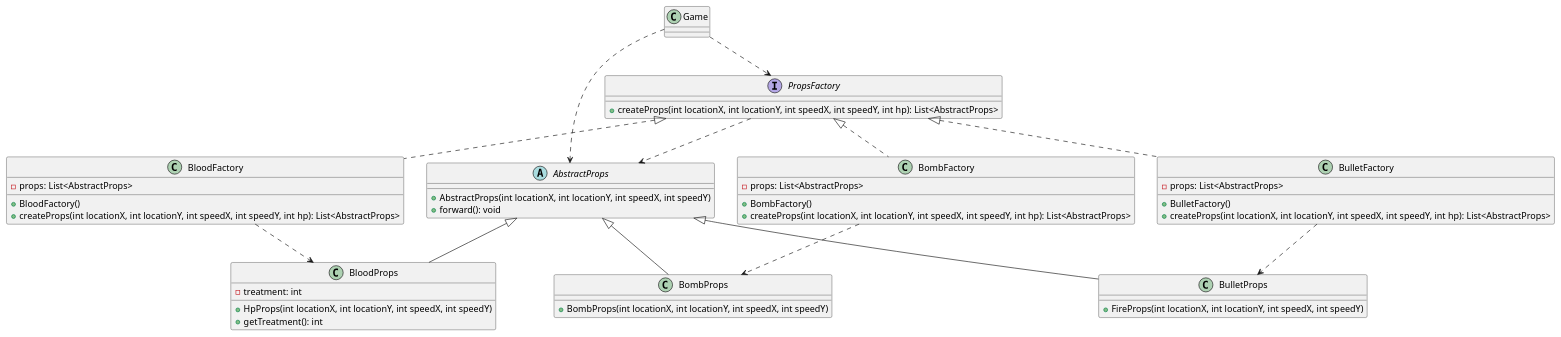
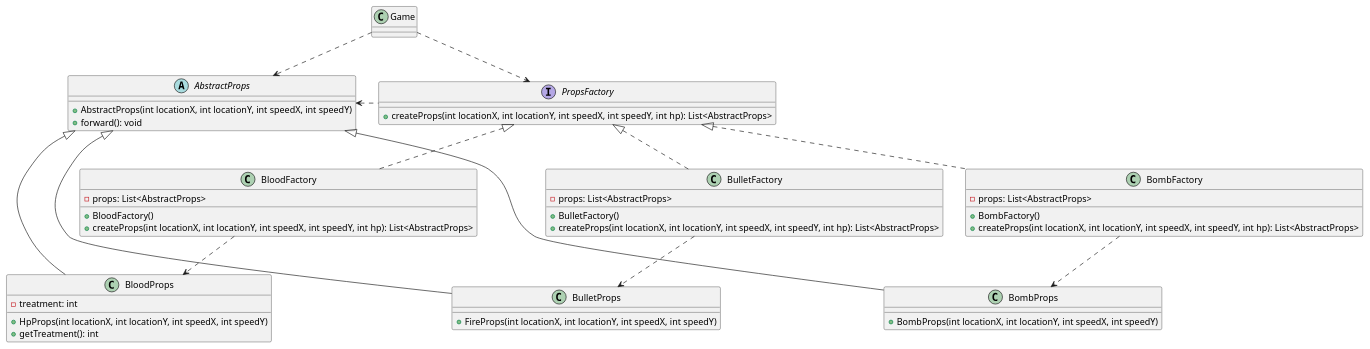
The diagram in uml/propsFactory.puml (Pockern/AircraftWar), drawn with PlantUML before and after one commit. The commit also changed 3 other files, not shown here.

Commit message:
uml changed in exp2

```diff
--- a/uml/propsFactory.puml
+++ b/uml/propsFactory.puml
@@ -1,70 +1,62 @@
 @startuml
 'https://plantuml.com/class-diagram
 
 Game ..> PropsFactory
 Game ..> AbstractProps
 
-PropsFactory ..> AbstractProps
-
-PropsFactory <|.. BloodFactory
-PropsFactory <|.. BombFactory
-PropsFactory <|.. BulletFactory
-
-AbstractProps <|-- BloodProps
-AbstractProps <|-- BombProps
-AbstractProps <|-- BulletProps
+PropsFactory .left.> AbstractProps
 
 BloodFactory  ..> BloodProps
 BombFactory   ..> BombProps
 BulletFactory ..> BulletProps
 
 class Game {
 
 }
 
 interface PropsFactory {
     + createProps(int locationX, int locationY, int speedX, int speedY, int hp): List<AbstractProps>
 }
 
-class BloodFactory {
+class BloodFactory implements PropsFactory {
     - props: List<AbstractProps>
     + BloodFactory()
     + createProps(int locationX, int locationY, int speedX, int speedY, int hp): List<AbstractProps>
 }
 
-class BombFactory {
+class BombFactory implements PropsFactory {
     - props: List<AbstractProps>
     + BombFactory()
     + createProps(int locationX, int locationY, int speedX, int speedY, int hp): List<AbstractProps>
 }
 
-class BulletFactory {
+class BulletFactory implements PropsFactory {
     - props: List<AbstractProps>
     + BulletFactory()
     + createProps(int locationX, int locationY, int speedX, int speedY, int hp): List<AbstractProps>
 }
 
 abstract class AbstractProps {
 
     + AbstractProps(int locationX, int locationY, int speedX, int speedY)
     + forward(): void
 }
 
-class BloodProps {
+class BloodProps extends AbstractProps {
     -treatment: int
 
     + HpProps(int locationX, int locationY, int speedX, int speedY)
     + getTreatment(): int
 }
 
-class BombProps {
+class BombProps extends AbstractProps {
 
     + BombProps(int locationX, int locationY, int speedX, int speedY)
 }
 
-class BulletProps {
+class BulletProps extends AbstractProps {
 
     + FireProps(int locationX, int locationY, int speedX, int speedY)
 }
 
 @enduml
```
